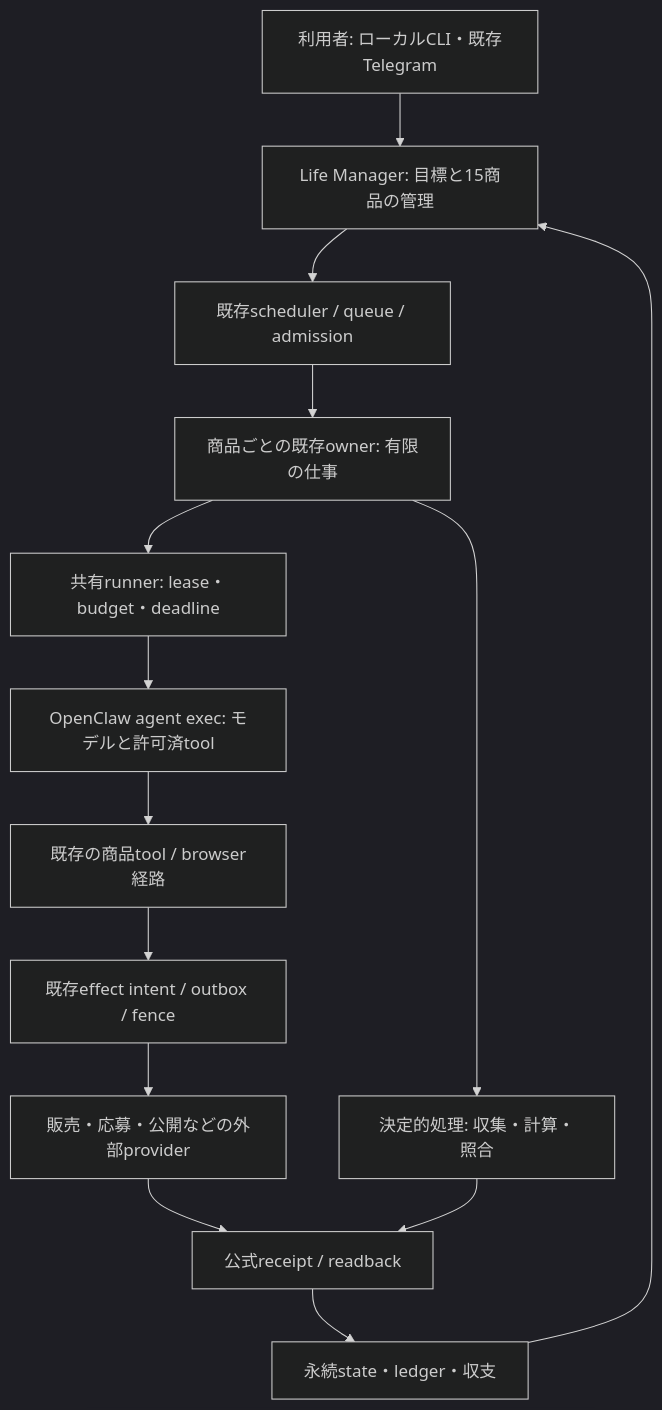
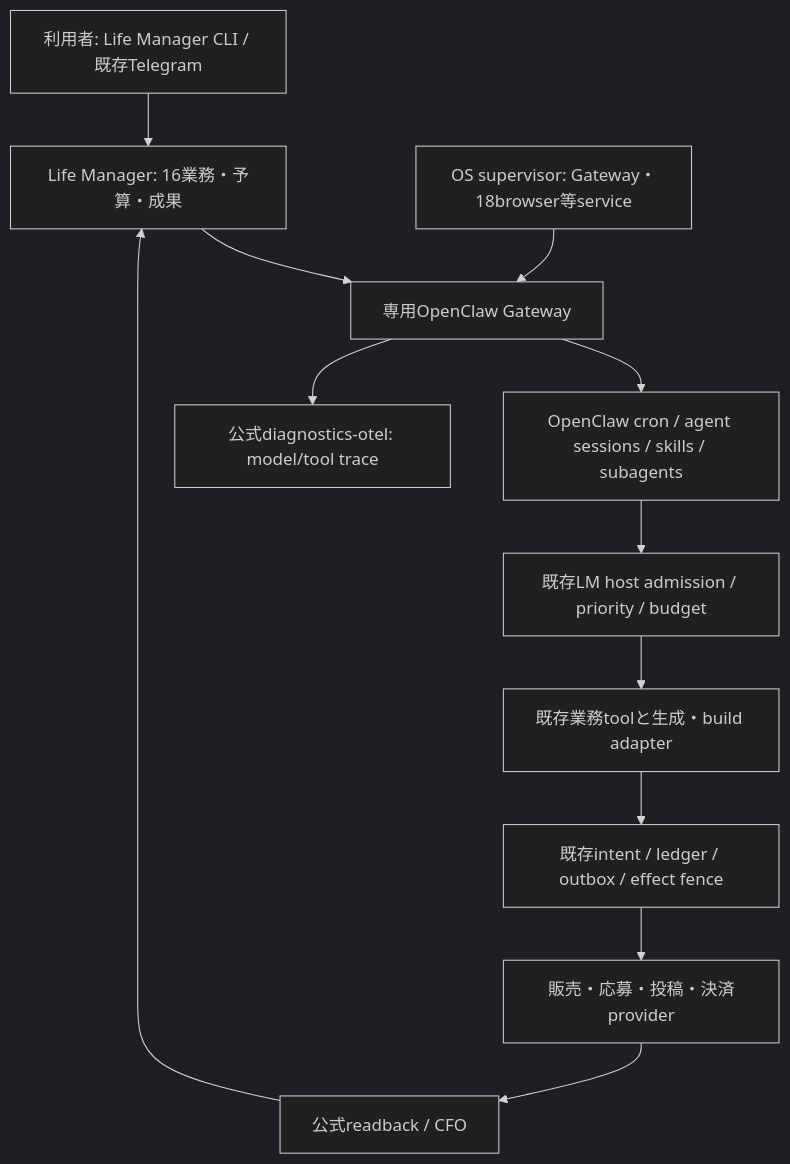
One commit to Daisuke134/life-manager changed the diagram in docs/superpowers/specs/2026-10-07-main-agents-readiness.md. Above: the diagram before and after it, drawn with Mermaid (dark theme). The commit also changed other lines of this file and 5 other files, not shown here.

Commit message:
docs: plan full local OpenClaw migration with native Codex and owner-safe cutover

````diff
--- a/docs/superpowers/specs/2026-10-07-main-agents-readiness.md
+++ b/docs/superpowers/specs/2026-10-07-main-agents-readiness.md
@@ -25,16 +11,14 @@
 ```mermaid
 flowchart TD
-  U[利用者: ローカルCLI・既存Telegram] --> LM[Life Manager: 目標と15商品の管理]
-  LM --> S[既存scheduler / queue / admission]
-  S --> O[商品ごとの既存owner: 有限の仕事]
-  O --> D[決定的処理: 収集・計算・照合]
-  O --> R[共有runner: lease・budget・deadline]
-  R --> H[OpenClaw agent exec: モデルと許可済tool]
-  H --> T[既存の商品tool / browser経路]
-  T --> F[既存effect intent / outbox / fence]
-  F --> P[販売・応募・公開などの外部provider]
-  P --> V[公式receipt / readback]
-  D --> V
-  V --> L[永続state・ledger・収支]
-  L --> LM
+  U[利用者: Life Manager CLI / 既存Telegram] --> M[Life Manager: 16業務・予算・成果]
+  M --> O[専用OpenClaw Gateway]
+  O --> S[OpenClaw cron / agent sessions / skills / subagents]
+  S --> A[既存LM host admission / priority / budget]
+  A --> T[既存業務toolと生成・build adapter]
+  T --> F[既存intent / ledger / outbox / effect fence]
+  F --> P[販売・応募・投稿・決済provider]
+  P --> R[公式readback / CFO]
+  R --> M
+  O --> V[公式diagnostics-otel: model/tool trace]
+  B[OS supervisor: Gateway・18browser等service] --> O
 ```
````
